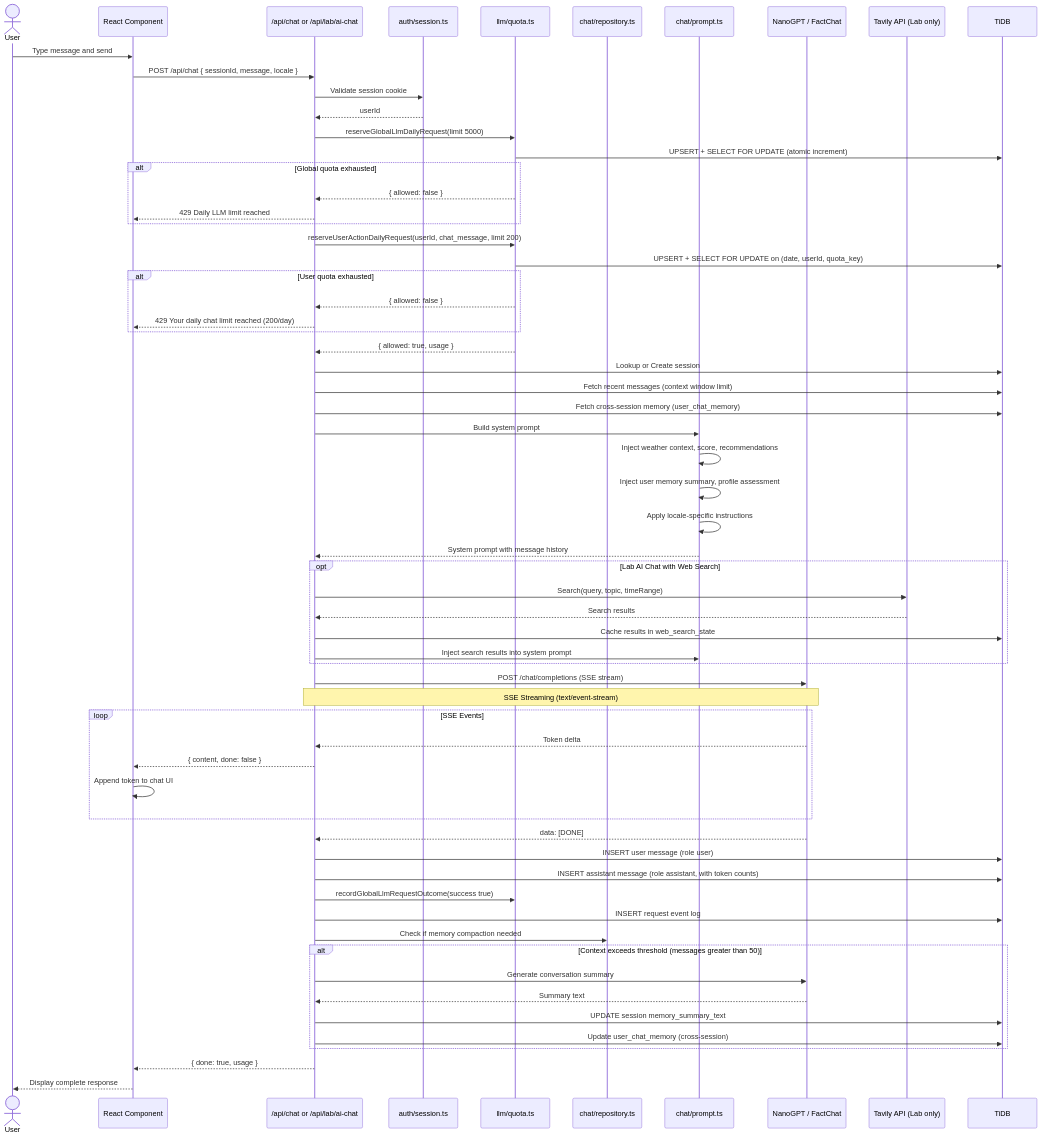
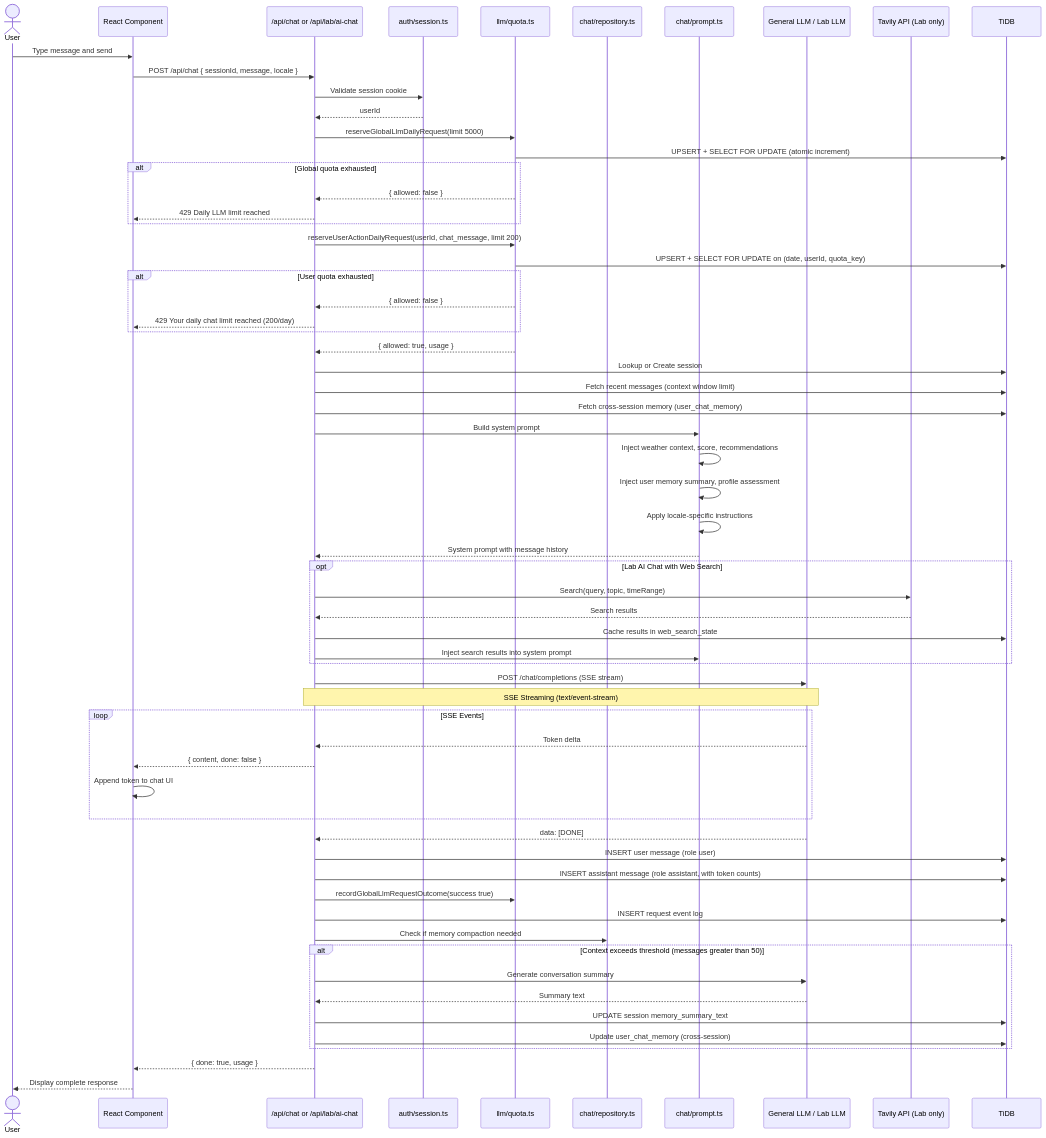
One commit to kim0040/Nadeulhae changed the sixth of 17 diagrams in docs/ARCHITECTURE_UML.md. Above: the diagram before and after it, drawn with Mermaid. The commit also changed other lines of this file and 28 other files, not shown here.

First line of the commit message:
refactor: split LLM into general-llm and lab-llm with OpenAI-compatible core

````diff
--- a/docs/ARCHITECTURE_UML.md
+++ b/docs/ARCHITECTURE_UML.md
@@ -719,79 +718,79 @@
 ```mermaid
 sequenceDiagram
     actor User
     participant Client as React Component
     participant API as /api/chat or /api/lab/ai-chat
     participant Session as auth/session.ts
     participant Quota as llm/quota.ts
     participant Memory as chat/repository.ts
     participant Prompt as chat/prompt.ts
-    participant LLM as NanoGPT / FactChat
+    participant LLM as General LLM / Lab LLM
     participant Tavily as Tavily API (Lab only)
     participant DB as TiDB
 
     User->>Client: Type message and send
     Client->>API: POST /api/chat { sessionId, message, locale }
 
     API->>Session: Validate session cookie
     Session-->>API: userId
 
     API->>Quota: reserveGlobalLlmDailyRequest(limit 5000)
     Quota->>DB: UPSERT + SELECT FOR UPDATE (atomic increment)
     alt Global quota exhausted
         Quota-->>API: { allowed: false }
         API-->>Client: 429 Daily LLM limit reached
     end
 
     API->>Quota: reserveUserActionDailyRequest(userId, chat_message, limit 200)
     Quota->>DB: UPSERT + SELECT FOR UPDATE on (date, userId, quota_key)
     alt User quota exhausted
         Quota-->>API: { allowed: false }
         API-->>Client: 429 Your daily chat limit reached (200/day)
     end
 
     Quota-->>API: { allowed: true, usage }
 
     API->>DB: Lookup or Create session
     API->>DB: Fetch recent messages (context window limit)
     API->>DB: Fetch cross-session memory (user_chat_memory)
 
     API->>Prompt: Build system prompt
     Prompt->>Prompt: Inject weather context, score, recommendations
     Prompt->>Prompt: Inject user memory summary, profile assessment
     Prompt->>Prompt: Apply locale-specific instructions
     Prompt-->>API: System prompt with message history
 
     opt Lab AI Chat with Web Search
         API->>Tavily: Search(query, topic, timeRange)
         Tavily-->>API: Search results
         API->>DB: Cache results in web_search_state
         API->>Prompt: Inject search results into system prompt
     end
 
     API->>LLM: POST /chat/completions (SSE stream)
     Note over API,LLM: SSE Streaming (text/event-stream)
 
     loop SSE Events
         LLM-->>API: Token delta
         API-->>Client: { content, done: false }
         Client->>Client: Append token to chat UI
     end
 
     LLM-->>API: data: [DONE]
 
     API->>DB: INSERT user message (role user)
     API->>DB: INSERT assistant message (role assistant, with token counts)
     API->>Quota: recordGlobalLlmRequestOutcome(success true)
     API->>DB: INSERT request event log
 
     API->>Memory: Check if memory compaction needed
     alt Context exceeds threshold (messages greater than 50)
         API->>LLM: Generate conversation summary
         LLM-->>API: Summary text
         API->>DB: UPDATE session memory_summary_text
         API->>DB: Update user_chat_memory (cross-session)
     end
 
     API-->>Client: { done: true, usage }
     Client-->>User: Display complete response
 ```
````
